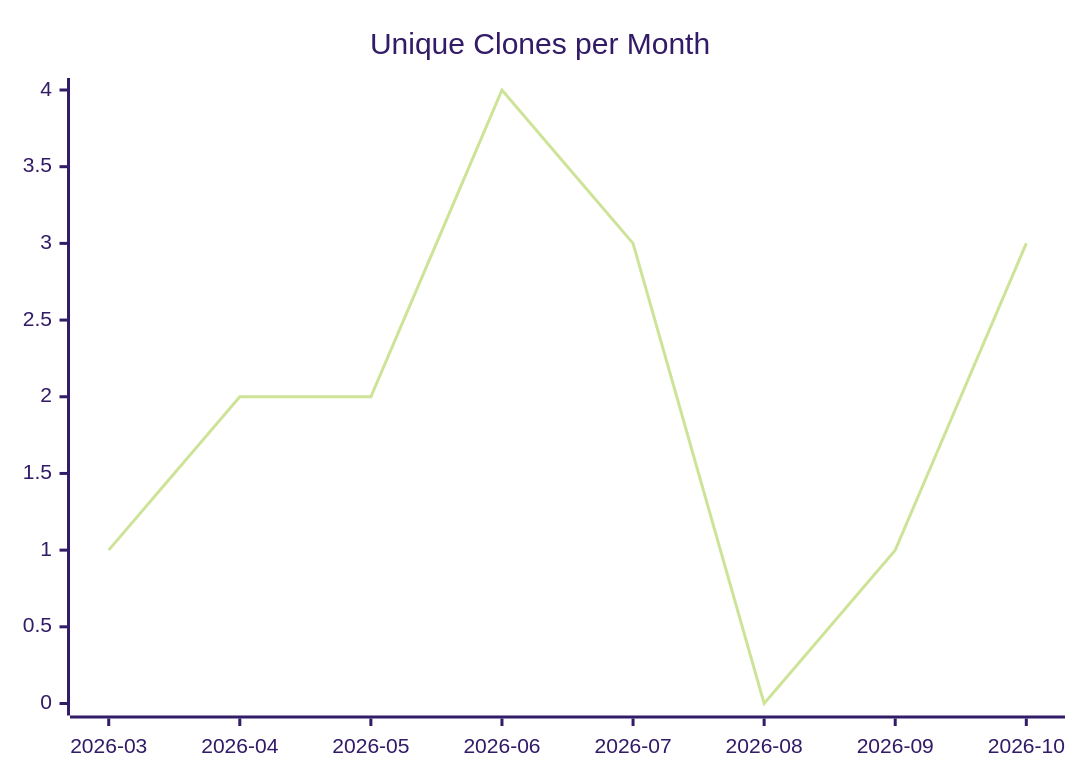
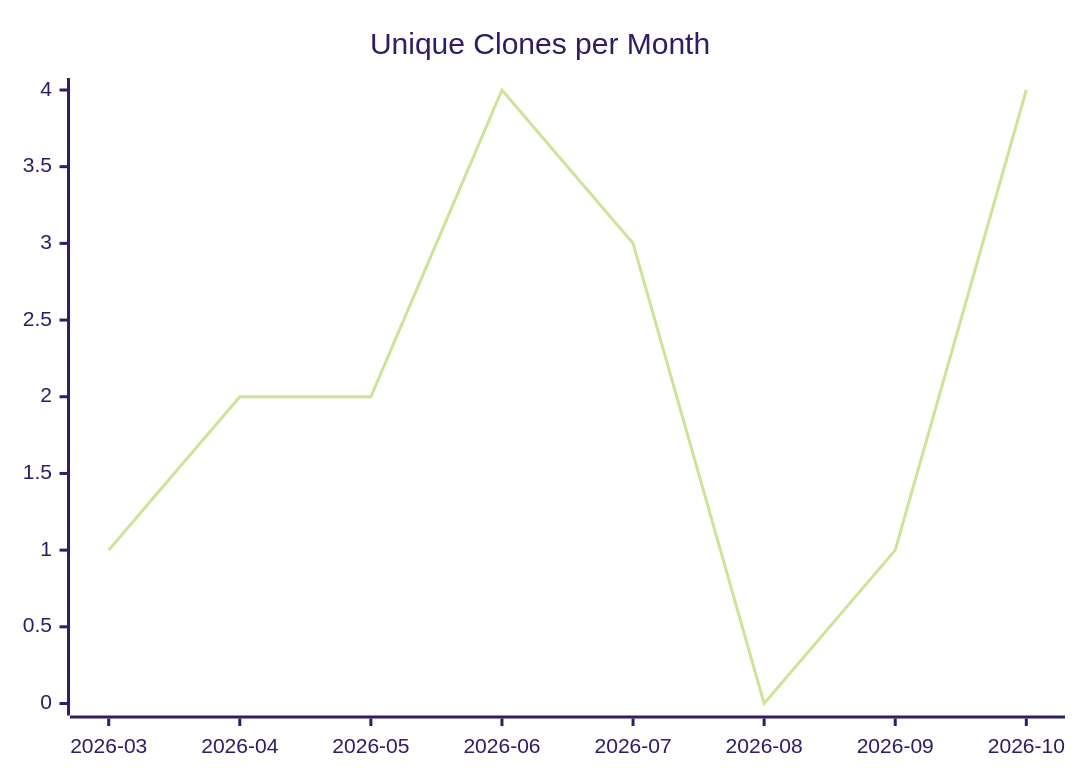
Before and after one commit to justdavis-family/github-analytics-data: the third of 3 diagrams in karlmdavis/ansible-role-ldap/README.md, drawn with Mermaid (forest theme). The commit also changed other lines of this file and 202 other files, not shown here.

````diff
--- a/karlmdavis/ansible-role-ldap/README.md
+++ b/karlmdavis/ansible-role-ldap/README.md
@@ -19,6 +19,6 @@
 ```mermaid
 xychart-beta
   title "Unique Clones per Month"
   x-axis ["2026-03", "2026-04", "2026-05", "2026-06", "2026-07", "2026-08", "2026-09", "2026-10"]
-  line [1, 2, 2, 4, 3, 0, 1, 3]
+  line [1, 2, 2, 4, 3, 0, 1, 4]
 ```
````
